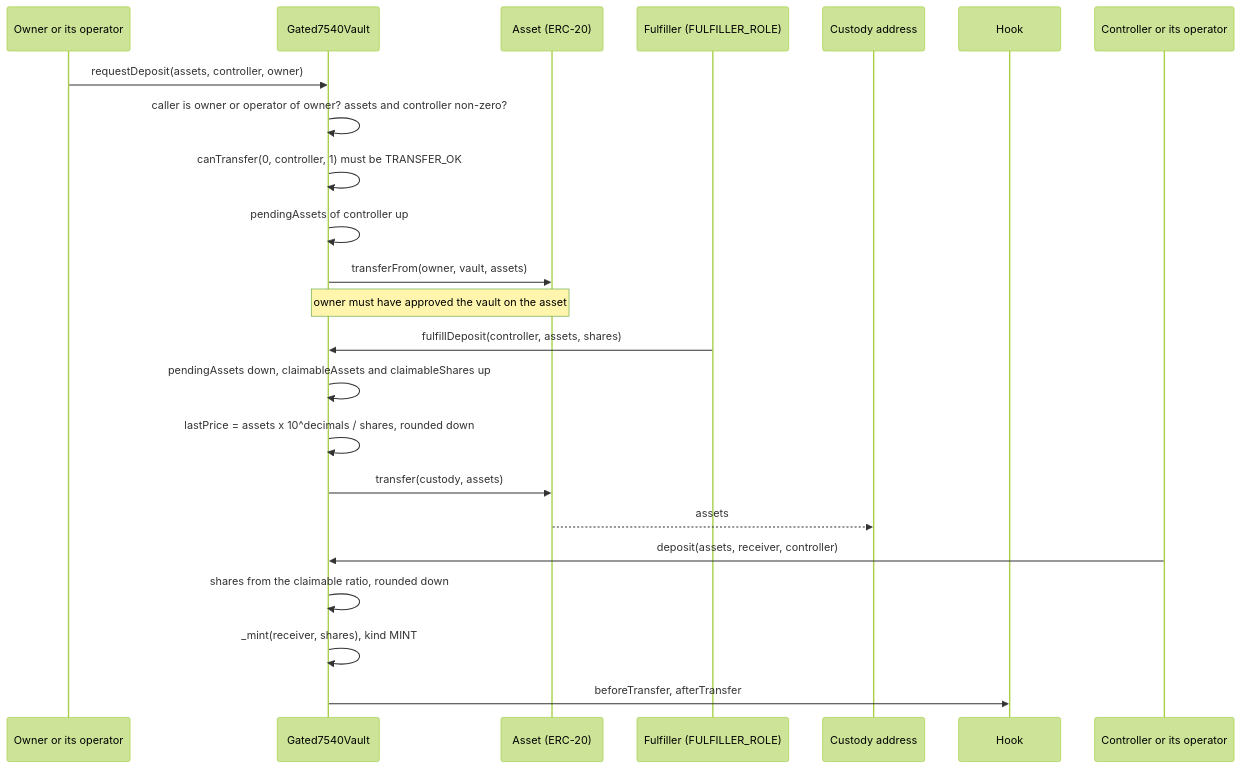
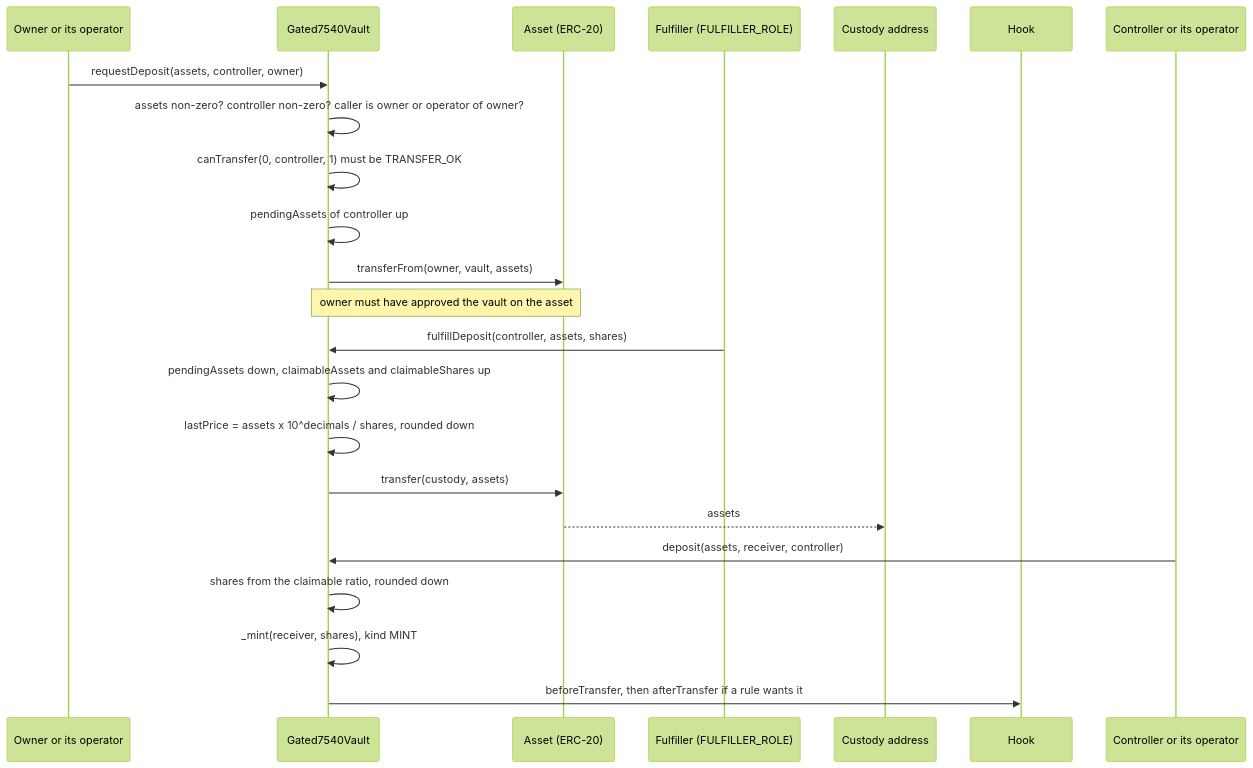
The third of 6 diagrams in docs/flows-vaults.md (fepvenancio/rwa-token), drawn with Mermaid (forest theme) before and after one commit. The commit also changed other lines of this file and 7 other files, not shown here.

````diff
--- a/docs/flows-vaults.md
+++ b/docs/flows-vaults.md
@@ -94,28 +94,28 @@
 ```mermaid
 sequenceDiagram
   participant O as Owner or its operator
   participant V as Gated7540Vault
   participant A as Asset (ERC-20)
   participant F as Fulfiller (FULFILLER_ROLE)
   participant C as Custody address
   participant H as Hook
   participant K as Controller or its operator
 
   O->>V: requestDeposit(assets, controller, owner)
-  V->>V: caller is owner or operator of owner? assets and controller non-zero?
+  V->>V: assets non-zero? controller non-zero? caller is owner or operator of owner?
   V->>V: canTransfer(0, controller, 1) must be TRANSFER_OK
   V->>V: pendingAssets of controller up
   V->>A: transferFrom(owner, vault, assets)
   Note over V,A: owner must have approved the vault on the asset
 
   F->>V: fulfillDeposit(controller, assets, shares)
   V->>V: pendingAssets down, claimableAssets and claimableShares up
   V->>V: lastPrice = assets x 10^decimals / shares, rounded down
   V->>A: transfer(custody, assets)
   A-->>C: assets
 
   K->>V: deposit(assets, receiver, controller)
   V->>V: shares from the claimable ratio, rounded down
   V->>V: _mint(receiver, shares), kind MINT
-  V->>H: beforeTransfer, afterTransfer
+  V->>H: beforeTransfer, then afterTransfer if a rule wants it
 ```
````
